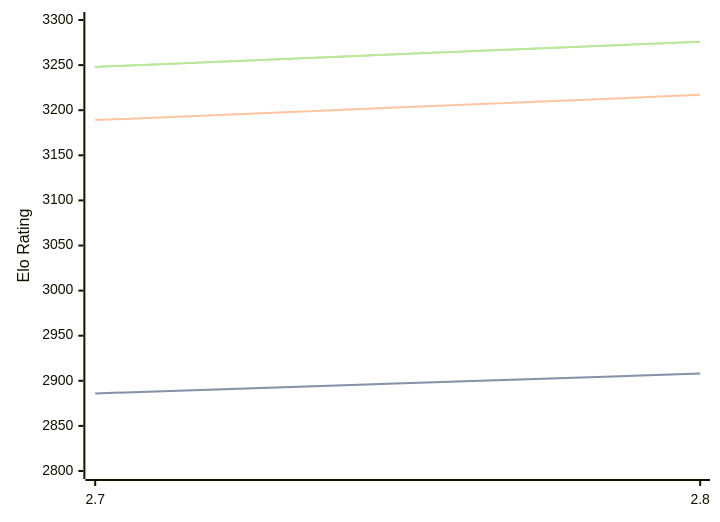
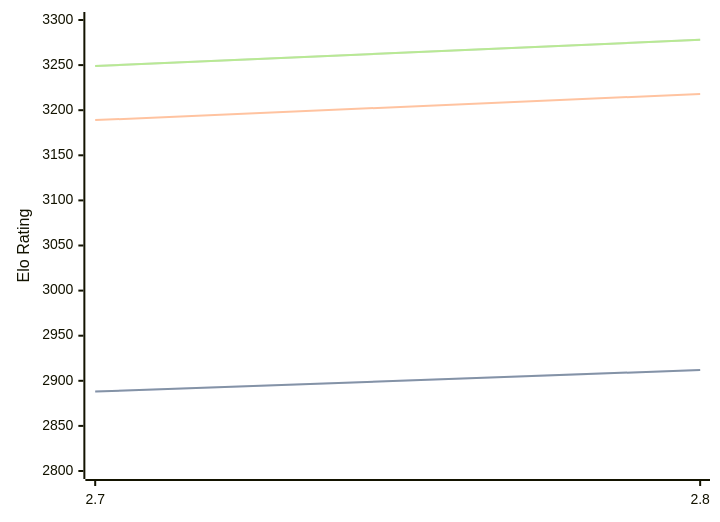
One commit to computer-chess-index/cci changed the first of 3 diagrams in engines/Arcanum.md. Above: the diagram before and after it, drawn with Mermaid. The commit also changed other lines of this file, not shown here.

Commit message:
Update CCI Ratings (ELO VLTC) - 2026-06-30

````diff
--- a/engines/Arcanum.md
+++ b/engines/Arcanum.md
@@ -44,11 +44,11 @@
 ```mermaid
 %%{init: {"theme":"base","themeVariables":{"seriesColors:['#a3a3a3','#222221','#faa371']}}}%%
 xychart-beta
   x-axis ["2.7", "2.8"]
   y-axis "Elo Rating" 2800 --> 3300
-  line "STC (8.0+0.08s)" [2886, 2908]
-  line "STC (8.0+0.08s)" [2886, 2908]
-  line "LTC (60.0+0.60s)" [3189, 3217]
-  line "VLTC (2m24s+1.12s)" [3248, 3276]
-  line "VLTC (2m24s+1.12s)" [3248, 3276]
+  line "STC (8.0+0.08s)" [2888, 2912]
+  line "STC (8.0+0.08s)" [2888, 2912]
+  line "LTC (60.0+0.60s)" [3189, 3218]
+  line "VLTC (2m24s+1.12s)" [3249, 3278]
+  line "VLTC (2m24s+1.12s)" [3249, 3278]
 ```
````
